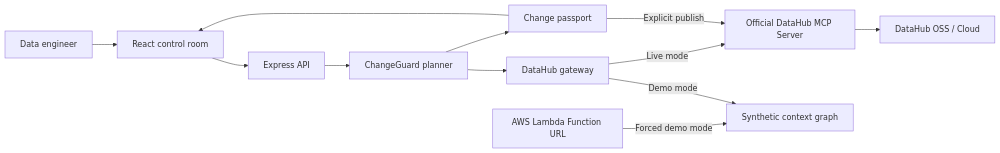
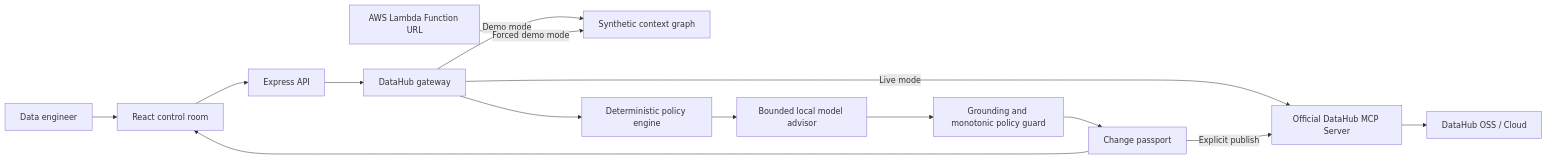
The diagram in docs/architecture.md (LubuSeb/changeguard-datahub), drawn with Mermaid before and after one commit. The commit also changed other lines of this file and 23 other files, not shown here.

````diff
--- a/docs/architecture.md
+++ b/docs/architecture.md
@@ -5,14 +5,16 @@
 ```mermaid
 flowchart LR
   U["Data engineer"] --> UI["React control room"]
   UI --> API["Express API"]
-  API --> AGENT["ChangeGuard planner"]
-  AGENT --> GW["DataHub gateway"]
+  API --> GW["DataHub gateway"]
   GW -->|"Demo mode"| FIXTURE["Synthetic context graph"]
   GW -->|"Live mode"| MCP["Official DataHub MCP Server"]
   MCP --> DH["DataHub OSS / Cloud"]
-  AGENT --> PASS["Change passport"]
+  GW --> POLICY["Deterministic policy engine"]
+  POLICY --> MODEL["Bounded local model advisor"]
+  MODEL --> GUARD["Grounding and monotonic policy guard"]
+  GUARD --> PASS["Change passport"]
   PASS --> UI
   PASS -->|"Explicit publish"| MCP
   LAMBDA["AWS Lambda Function URL"] -->|"Forced demo mode"| FIXTURE
 ```
````
